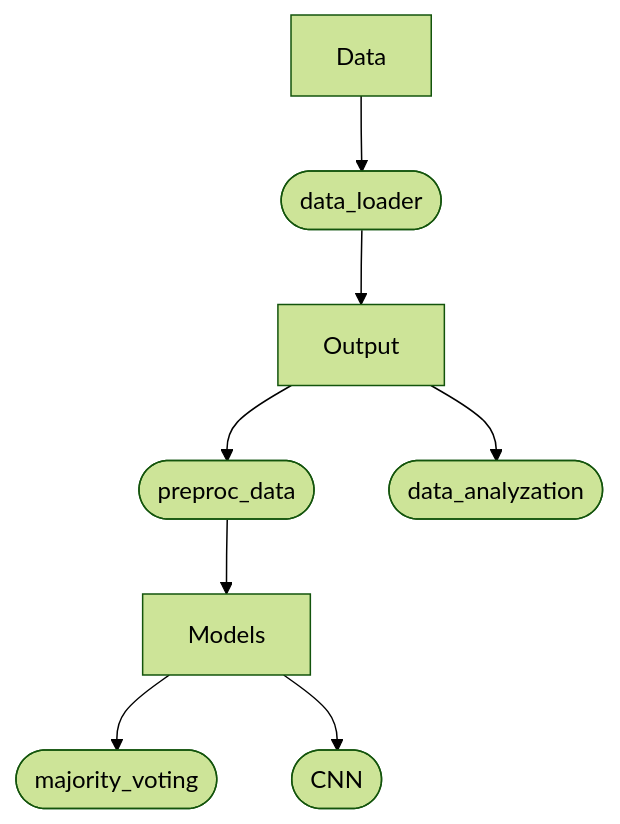
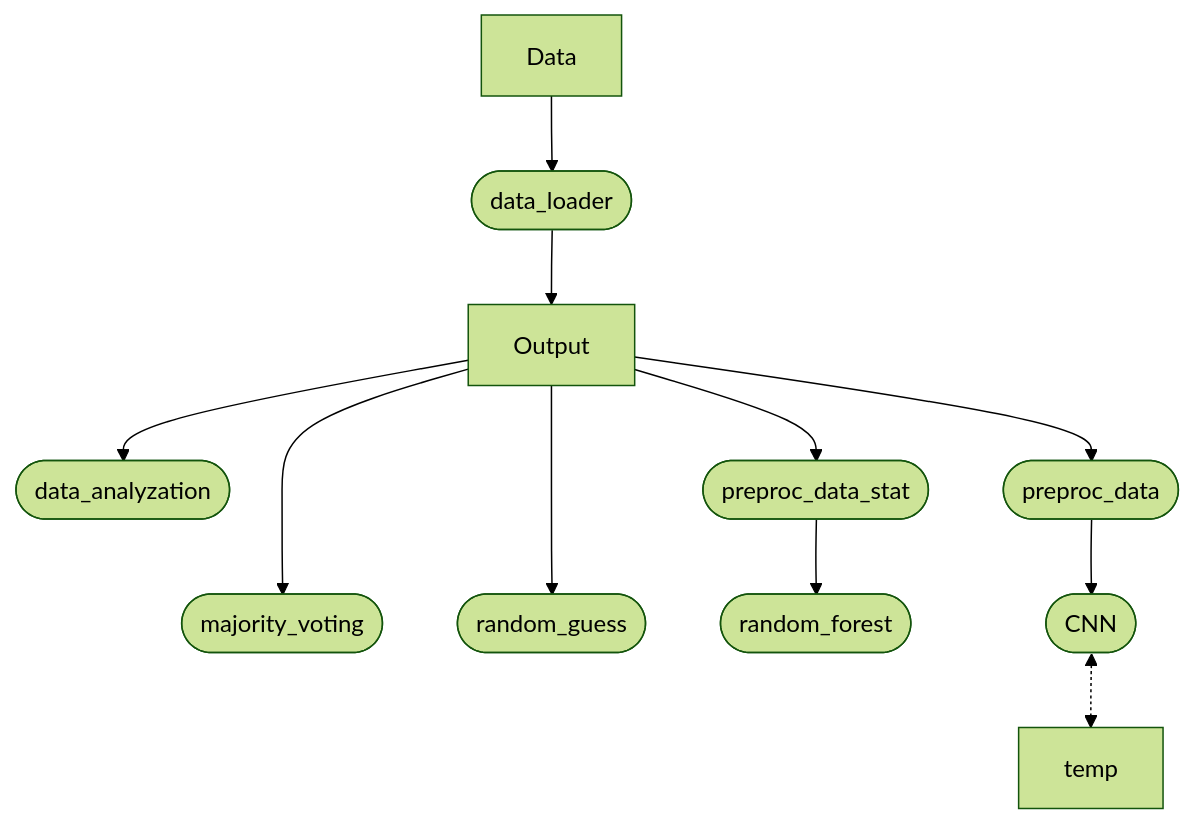
The first of 2 diagrams in README.md (Yahnnosh/Sensor-Based-Modeling-of-Fatigue-Using-Transformer-Model), drawn with Mermaid (forest theme) before and after one commit. The commit also changed other lines of this file and 11 other files, not shown here.

````diff
--- a/README.md
+++ b/README.md
@@ -4,10 +4,15 @@
 ```mermaid
-graph TD;
-    Data --> id1([data_loader]); 
-    id1([data_loader]) --> Output;
-    Output --> id2([preproc_data]);
-    Output --> id3([data_analyzation]);
-    id2([preproc_data]) --> Models;
-    Models --> id4([majority_voting])
-    Models --> id5([CNN]);   
+flowchart TD;
+    Data --> id1([data_loader])
+    id1([data_loader]) --> Output
+    
+    Output --> id3([data_analyzation])
+    Output --> id2([preproc_data])
+    Output --> id6([preproc_data_stat])
+    Output ---> id4([majority_voting])
+    Output ---> id9([random_guess])
+    
+    id6([preproc_data_stat]) --> id8([random_forest])
+    id2([preproc_data]) --> id5([CNN])
+    id5([CNN]) <.-> temp
 ```
````
